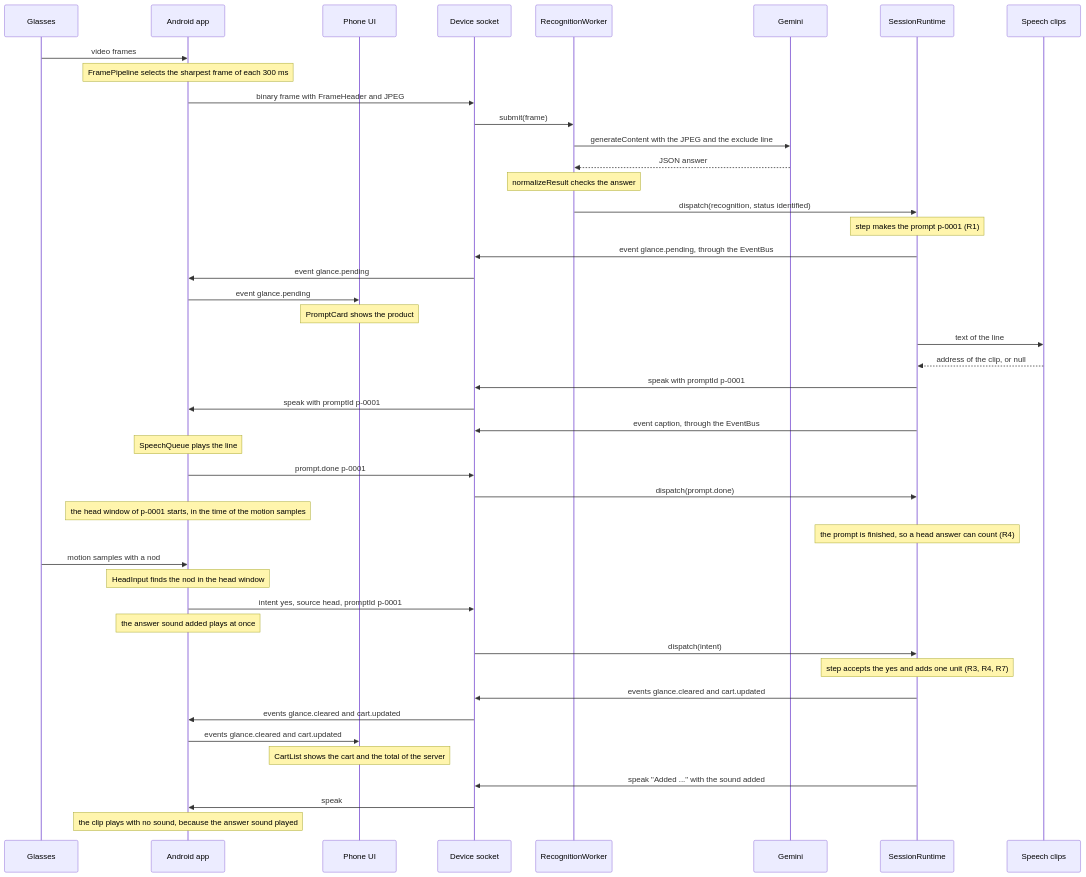
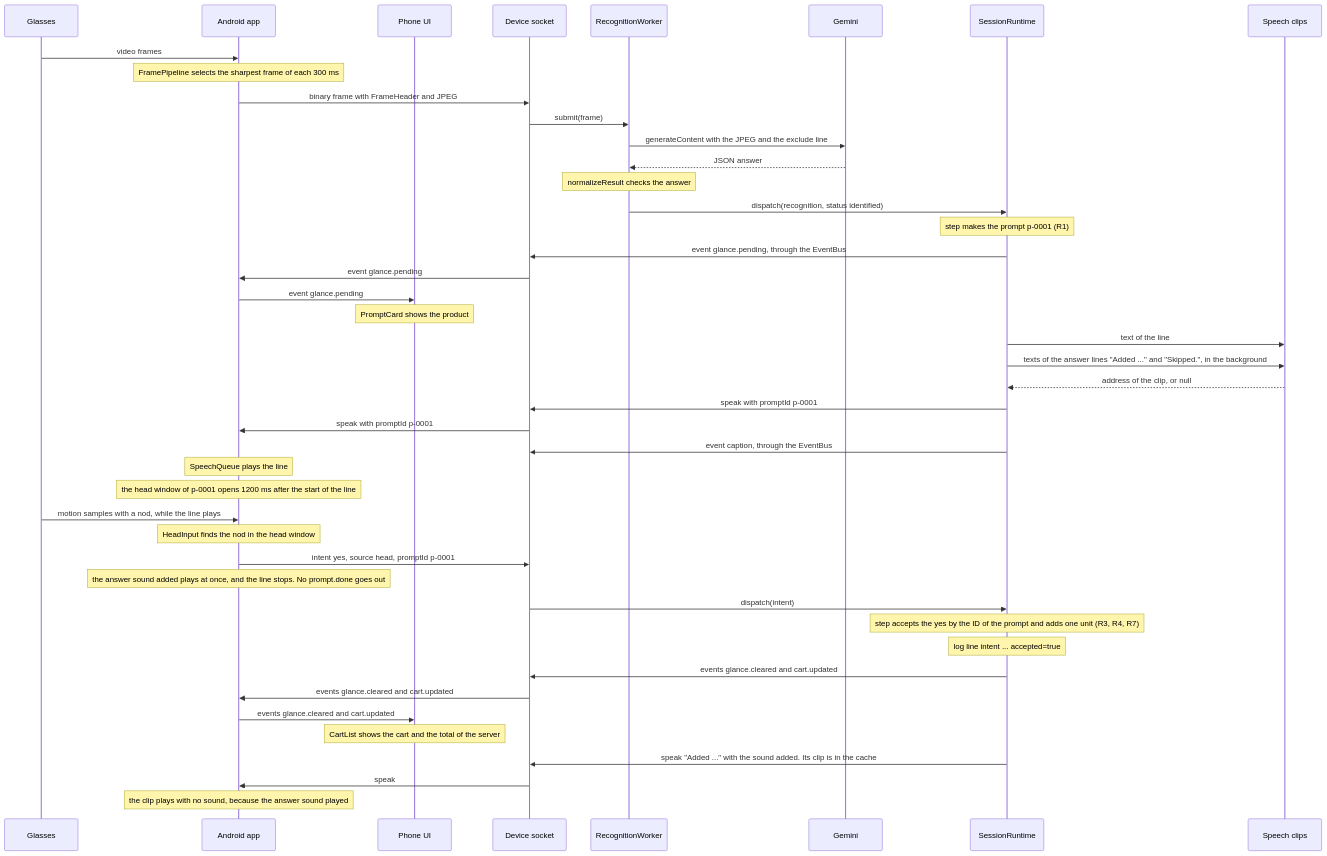
Before and after one commit to mrBymax/glance: the second of 13 diagrams in docs/architecture.md, drawn with Mermaid. The commit also changed other lines of this file, not shown here.

Commit message:
docs: describe the head answer by prompt ID and the nod during the line

````diff
--- a/docs/architecture.md
+++ b/docs/architecture.md
@@ -135,48 +135,47 @@
 ```mermaid
 sequenceDiagram
   participant Glasses
   participant App as Android app
   participant Page as Phone UI
   participant Socket as Device socket
   participant Worker as RecognitionWorker
   participant Gemini
   participant Runtime as SessionRuntime
   participant Clips as Speech clips
 
   Glasses->>App: video frames
   Note over App: FramePipeline selects the sharpest frame of each 300 ms
   App->>Socket: binary frame with FrameHeader and JPEG
   Socket->>Worker: submit(frame)
   Worker->>Gemini: generateContent with the JPEG and the exclude line
   Gemini-->>Worker: JSON answer
   Note over Worker: normalizeResult checks the answer
   Worker->>Runtime: dispatch(recognition, status identified)
   Note over Runtime: step makes the prompt p-0001 (R1)
   Runtime->>Socket: event glance.pending, through the EventBus
   Socket->>App: event glance.pending
   App->>Page: event glance.pending
   Note over Page: PromptCard shows the product
   Runtime->>Clips: text of the line
+  Runtime->>Clips: texts of the answer lines "Added ..." and "Skipped.", in the background
   Clips-->>Runtime: address of the clip, or null
   Runtime->>Socket: speak with promptId p-0001
   Socket->>App: speak with promptId p-0001
   Runtime->>Socket: event caption, through the EventBus
   Note over App: SpeechQueue plays the line
-  App->>Socket: prompt.done p-0001
-  Socket->>Runtime: dispatch(prompt.done)
-  Note over App: the head window of p-0001 starts, in the time of the motion samples
-  Note over Runtime: the prompt is finished, so a head answer can count (R4)
-  Glasses->>App: motion samples with a nod
+  Note over App: the head window of p-0001 opens 1200 ms after the start of the line
+  Glasses->>App: motion samples with a nod, while the line plays
   Note over App: HeadInput finds the nod in the head window
   App->>Socket: intent yes, source head, promptId p-0001
-  Note over App: the answer sound added plays at once
+  Note over App: the answer sound added plays at once, and the line stops. No prompt.done goes out
   Socket->>Runtime: dispatch(intent)
-  Note over Runtime: step accepts the yes and adds one unit (R3, R4, R7)
+  Note over Runtime: step accepts the yes by the ID of the prompt and adds one unit (R3, R4, R7)
+  Note over Runtime: log line intent ... accepted=true
   Runtime->>Socket: events glance.cleared and cart.updated
   Socket->>App: events glance.cleared and cart.updated
   App->>Page: events glance.cleared and cart.updated
   Note over Page: CartList shows the cart and the total of the server
-  Runtime->>Socket: speak "Added ..." with the sound added
+  Runtime->>Socket: speak "Added ..." with the sound added. Its clip is in the cache
   Socket->>App: speak
   Note over App: the clip plays with no sound, because the answer sound played
 ```
````
